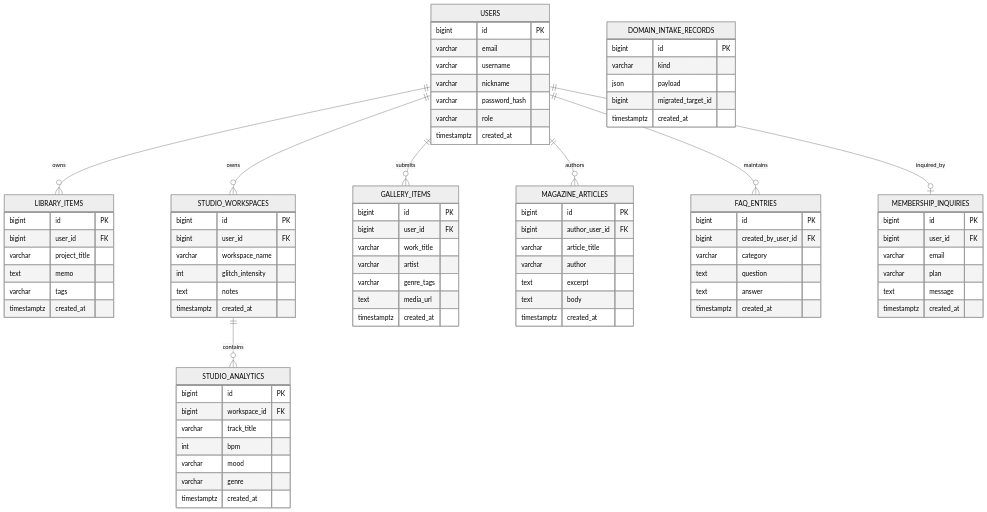
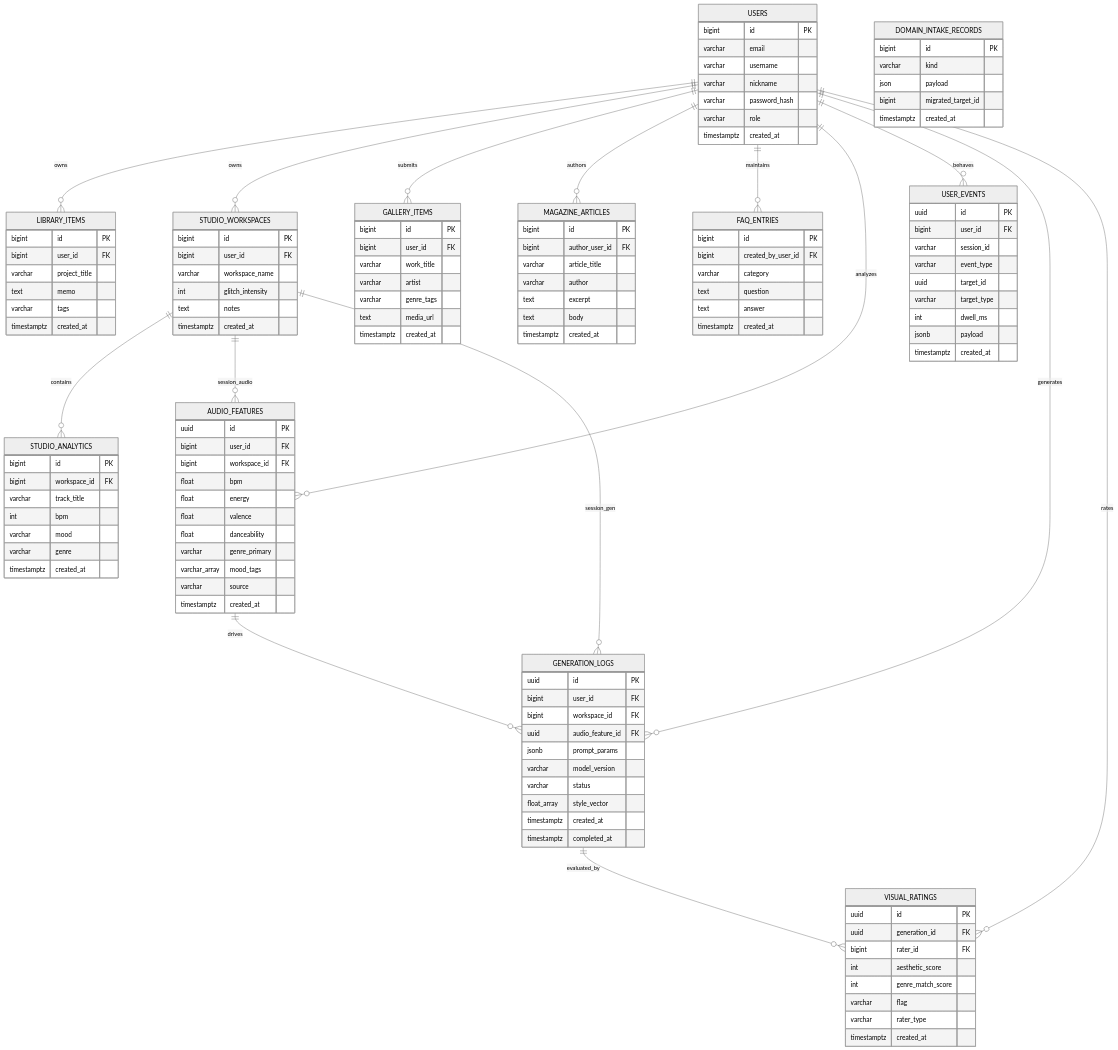
Before and after one commit to amyshindev/com.ragwatson.docs: the diagram in DevOps/Backend/DOMAIN_APPS_ERD.md, drawn with Mermaid (neutral theme). The commit also changed other lines of this file and 2 other files, not shown here.

````diff
--- a/DevOps/Backend/DOMAIN_APPS_ERD.md
+++ b/DevOps/Backend/DOMAIN_APPS_ERD.md
@@ -33,7 +43,14 @@
     USERS ||--o{ GALLERY_ITEMS : submits
     USERS ||--o{ MAGAZINE_ARTICLES : authors
     USERS ||--o{ FAQ_ENTRIES : maintains
-    USERS ||--o| MEMBERSHIP_INQUIRIES : inquired_by
+    USERS ||--o{ AUDIO_FEATURES : analyzes
+    USERS ||--o{ USER_EVENTS : behaves
+    USERS ||--o{ GENERATION_LOGS : generates
+    USERS ||--o{ VISUAL_RATINGS : rates
+    STUDIO_WORKSPACES ||--o{ AUDIO_FEATURES : session_audio
+    STUDIO_WORKSPACES ||--o{ GENERATION_LOGS : session_gen
+    AUDIO_FEATURES ||--o{ GENERATION_LOGS : drives
+    GENERATION_LOGS ||--o{ VISUAL_RATINGS : evaluated_by
 
     USERS {
         bigint id PK
@@ -81,15 +98,6 @@
         timestamptz created_at
     }
 
-    MEMBERSHIP_INQUIRIES {
-        bigint id PK
-        bigint user_id FK
-        varchar email
-        varchar plan
-        text message
-        timestamptz created_at
-    }
-
     GALLERY_ITEMS {
         bigint id PK
         bigint user_id FK
@@ -118,4 +126,54 @@
         text answer
         timestamptz created_at
     }
+
+    AUDIO_FEATURES {
+        uuid id PK
+        bigint user_id FK
+        bigint workspace_id FK
+        float bpm
+        float energy
+        float valence
+        float danceability
+        varchar genre_primary
+        varchar_array mood_tags
+        varchar source
+        timestamptz created_at
+    }
+
+    USER_EVENTS {
+        uuid id PK
+        bigint user_id FK
+        varchar session_id
+        varchar event_type
+        uuid target_id
+        varchar target_type
+        int dwell_ms
+        jsonb payload
+        timestamptz created_at
+    }
+
+    GENERATION_LOGS {
+        uuid id PK
+        bigint user_id FK
+        bigint workspace_id FK
+        uuid audio_feature_id FK
+        jsonb prompt_params
+        varchar model_version
+        varchar status
+        float_array style_vector
+        timestamptz created_at
+        timestamptz completed_at
+    }
+
+    VISUAL_RATINGS {
+        uuid id PK
+        uuid generation_id FK
+        bigint rater_id FK
+        int aesthetic_score
+        int genre_match_score
+        varchar flag
+        varchar rater_type
+        timestamptz created_at
+    }
 ```
````
